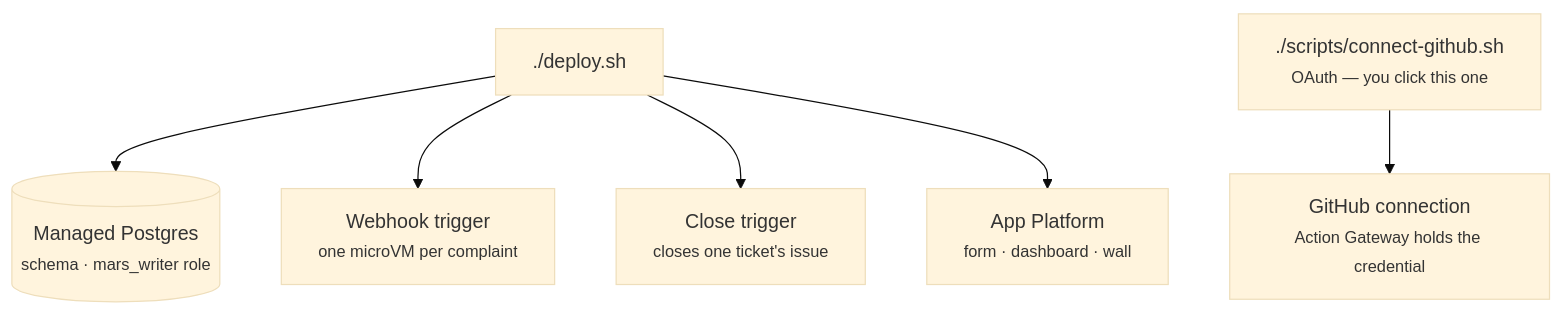
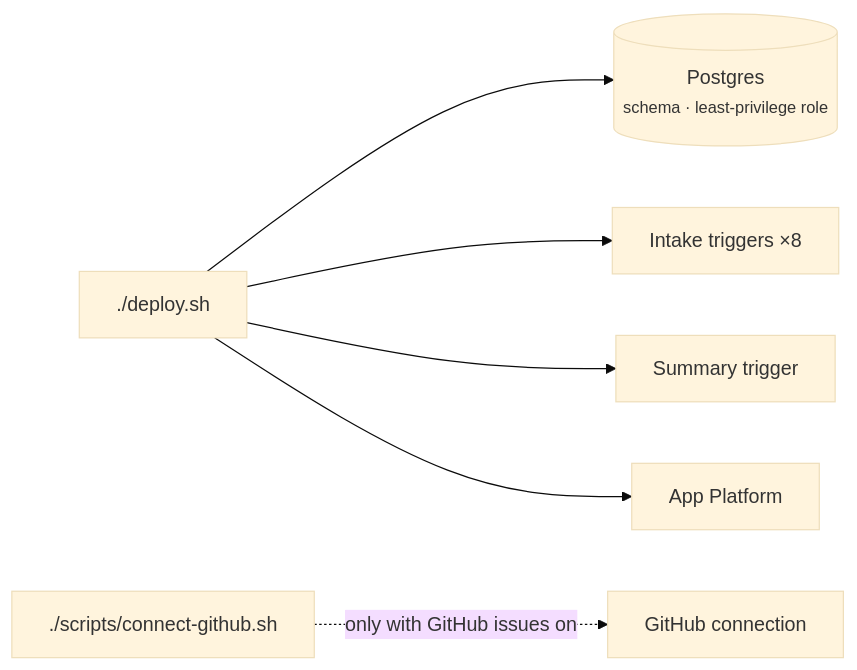
The second of 2 diagrams in README.md (DO-Solutions/facility_tracker_demo), drawn with Mermaid (base theme) before and after one commit. The commit also changed other lines of this file and 41 other files, not shown here.

First line of the commit message:
Summary agent, optional GitHub issues, and a credential-free web tier

````diff
--- a/README.md
+++ b/README.md
@@ -98,8 +90,8 @@
 ```mermaid
-flowchart TD
-    D["./deploy.sh"] --> PG[("Managed Postgres<br/><small>schema · mars_writer role</small>")]
-    D --> WH["Webhook trigger<br/><small>one microVM per complaint</small>"]
-    D --> CL["Close trigger<br/><small>closes one ticket's issue</small>"]
-    D --> APP["App Platform<br/><small>form · dashboard · wall</small>"]
-    C["./scripts/connect-github.sh<br/><small>OAuth — you click this one</small>"] --> AG["GitHub connection<br/><small>Action Gateway holds the credential</small>"]
+flowchart LR
+    D["./deploy.sh"] --> PG[("Postgres<br/><small>schema · least-privilege role</small>")]
+    D --> IT["Intake triggers ×8"]
+    D --> ST["Summary trigger"]
+    D --> APP["App Platform"]
+    C["./scripts/connect-github.sh"] -.->|"only with GitHub issues on"| AG["GitHub connection"]
 ```
````
